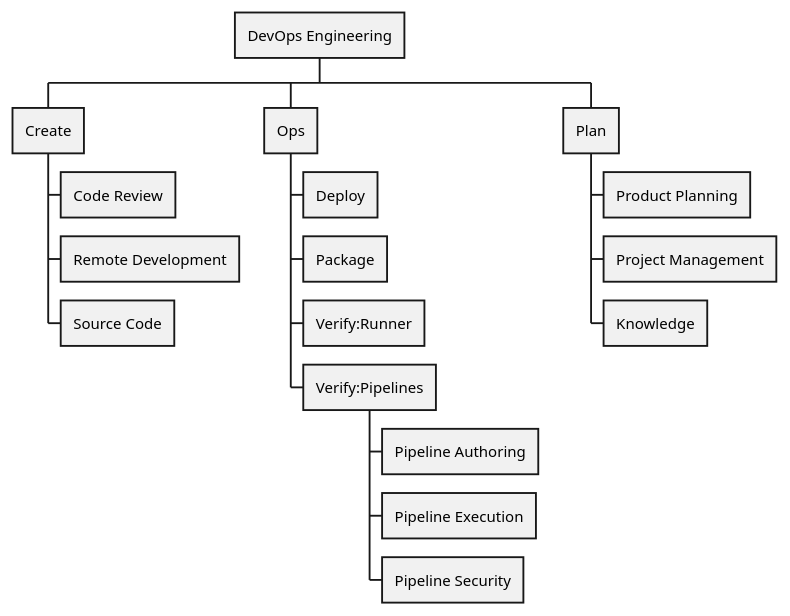
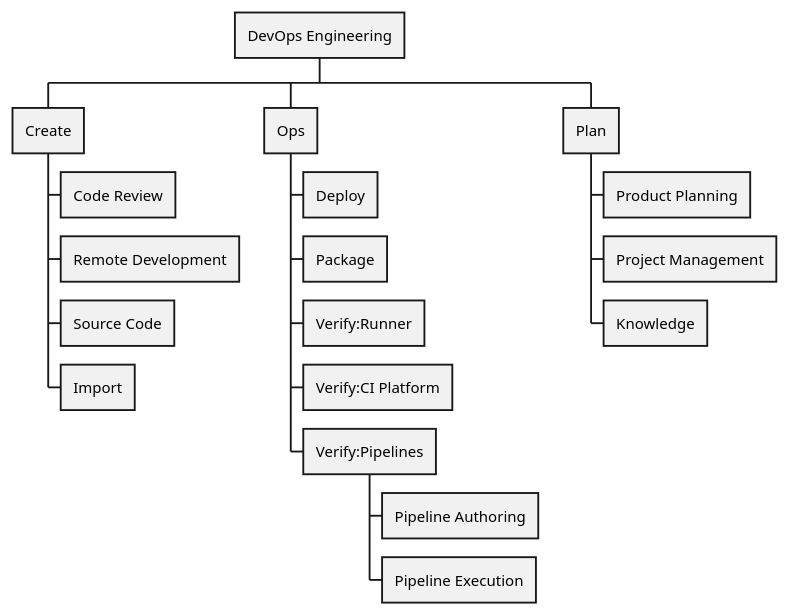
One commit to zalyoung/gitlab-handbook changed the diagram in content/handbook/engineering/devops/_index.md. Above: the diagram before and after it, drawn with PlantUML. The commit also changed other lines of this file and 1 other file, not shown here.

````diff
--- a/content/handbook/engineering/devops/_index.md
+++ b/content/handbook/engineering/devops/_index.md
@@ -81,21 +81,22 @@
 ```plantuml
 @startwbs
 * DevOps Engineering
 ** Create
 *** Code Review
 *** Remote Development
 *** Source Code
+*** Import
 ** Ops
 *** Deploy
 *** Package
 *** Verify:Runner
+*** Verify:CI Platform
 *** Verify:Pipelines
 **** Pipeline Authoring
 **** Pipeline Execution
-**** Pipeline Security
 ** Plan
 *** Product Planning
 *** Project Management
 *** Knowledge
 @endwbs
 ```
````
